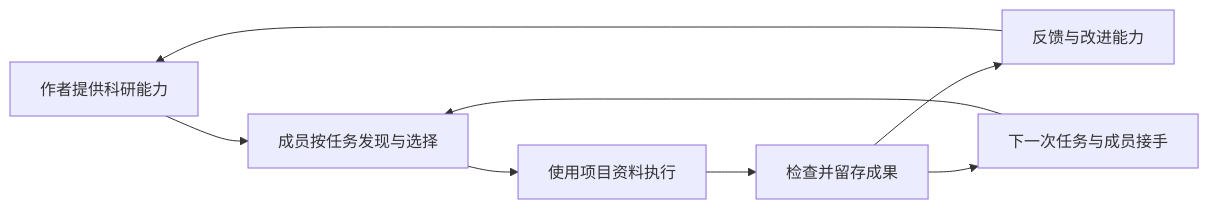
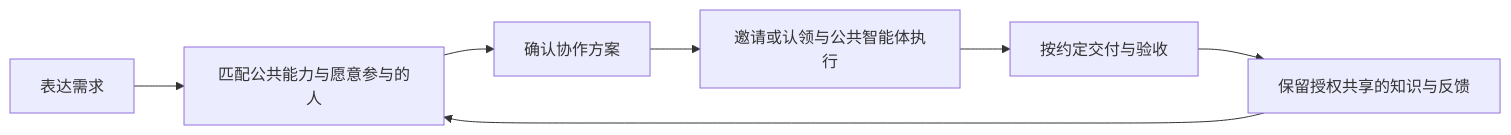
One commit to luoyan96/research-agent-platform changed the diagram in README.md. Above: the diagram before and after it, drawn with Mermaid. The commit also changed other lines of this file and 5 other files, not shown here.

````diff
--- a/README.md
+++ b/README.md
@@ -25,10 +25,9 @@
 ```mermaid
 flowchart LR
-    A[作者提供科研能力] --> B[成员按任务发现与选择]
-    B --> C[使用项目资料执行]
-    C --> D[检查并留存成果]
-    D --> E[反馈与改进能力]
-    E --> A
-    D --> F[下一次任务与成员接手]
+    A[表达需求] --> B[匹配公共能力与愿意参与的人]
+    B --> C[确认协作方案]
+    C --> D[邀请或认领与公共智能体执行]
+    D --> E[按约定交付与验收]
+    E --> F[保留授权共享的知识与反馈]
     F --> B
 ```
````
